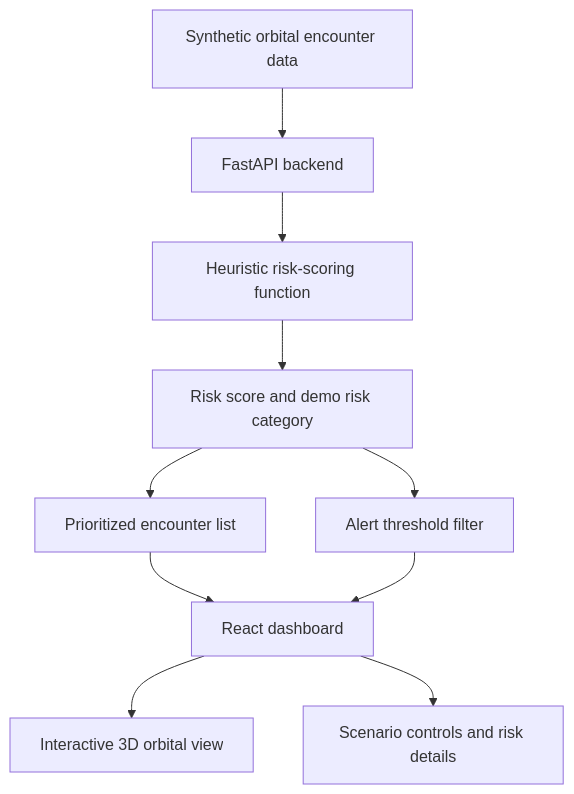
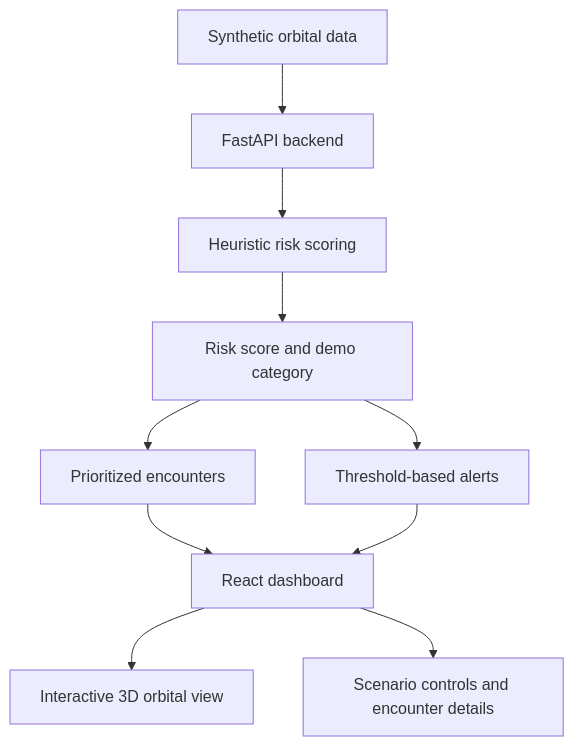
The diagram in README.md (Lakshana907/SPACEGUARD), drawn with Mermaid before and after one commit. The commit also changed other lines of this file, not shown here.

````diff
--- a/README.md
+++ b/README.md
@@ -51,12 +57,12 @@
 ```mermaid
 flowchart TD
-    A["Synthetic orbital encounter data"] --> B["FastAPI backend"]
-    B --> C["Heuristic risk-scoring function"]
-    C --> D["Risk score and demo risk category"]
-    D --> E["Prioritized encounter list"]
-    D --> F["Alert threshold filter"]
+    A["Synthetic orbital data"] --> B["FastAPI backend"]
+    B --> C["Heuristic risk scoring"]
+    C --> D["Risk score and demo category"]
+    D --> E["Prioritized encounters"]
+    D --> F["Threshold-based alerts"]
     E --> G["React dashboard"]
     F --> G
     G --> H["Interactive 3D orbital view"]
-    G --> I["Scenario controls and risk details"]
+    G --> I["Scenario controls and encounter details"]
 ```
````
